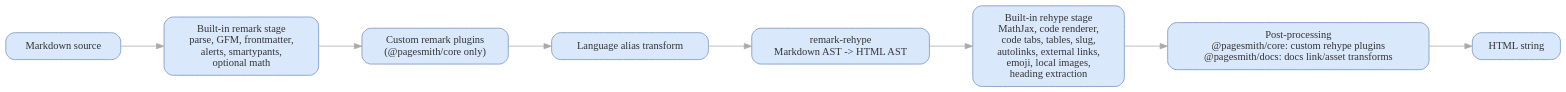
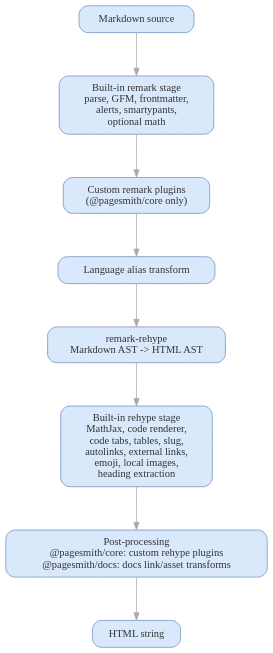
The diagram in docs/content/guide/markdown-features/diagrams/markdown-pipeline-overview.dot (sujeet-pro/pagesmith), drawn with Graphviz before and after one commit. The commit also changed 129 other files, not shown here.

```diff
--- a/docs/content/guide/markdown-features/diagrams/markdown-pipeline-overview.dot
+++ b/docs/content/guide/markdown-features/diagrams/markdown-pipeline-overview.dot
@@ -1,19 +1,19 @@
 // Diagram: Markdown pipeline overview
 // Type: graphviz
 digraph MarkdownPipelineOverview {
   bgcolor="transparent"
-  graph [rankdir=LR, nodesep=0.5, ranksep=0.8, pad=0.2]
+  graph [rankdir=TB, nodesep=0.5, ranksep=0.8, pad=0.2]
   node [shape=box, style="rounded,filled", fillcolor="#dae8fc", color="#6c8ebf", fontcolor="#333333", margin="0.18,0.12"]
   edge [fontsize=10, color="#AAAAAA", fontcolor="#333333"]
 
   source [label="Markdown source"]
   remark [label="Built-in remark stage\nparse, GFM, frontmatter,\nalerts, smartypants,\noptional math"]
   userRemark [label="Custom remark plugins\n(@pagesmith/core only)"]
   alias [label="Language alias transform"]
   bridge [label="remark-rehype\nMarkdown AST -> HTML AST"]
   rehype [label="Built-in rehype stage\nMathJax, code renderer,\ncode tabs, tables, slug,\nautolinks, external links,\nemoji, local images,\nheading extraction"]
   post [label="Post-processing\n@pagesmith/core: custom rehype plugins\n@pagesmith/docs: docs link/asset transforms"]
   output [label="HTML string"]
 
   source -> remark -> userRemark -> alias -> bridge -> rehype -> post -> output
 }
```
